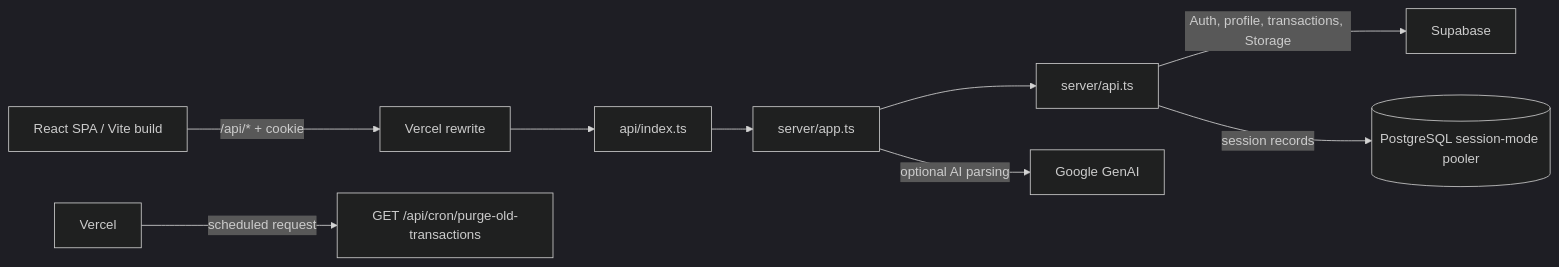
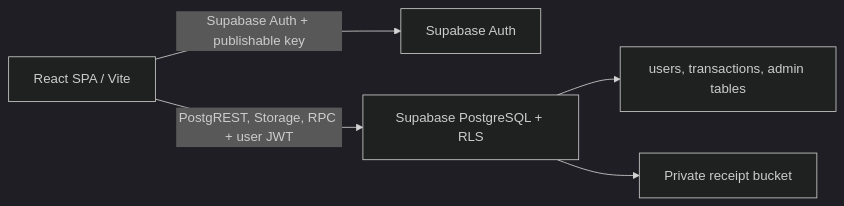
One commit to lutfisyaoqi/Keuangan changed the diagram in README.md. Above: the diagram before and after it, drawn with Mermaid (dark theme). The commit also changed other lines of this file and 12 other files, not shown here.

````diff
--- a/README.md
+++ b/README.md
@@ -89,11 +88,7 @@
 ```mermaid
 flowchart LR
-  Browser[React SPA / Vite build] -->|/api/* + cookie| VercelRewrite[Vercel rewrite]
-  VercelRewrite --> Function[api/index.ts]
-  Function --> Express[server/app.ts]
-  Express --> Router[server/api.ts]
-  Router -->|Auth, profile, transactions, Storage| Supabase[Supabase]
-  Router -->|session records| Pg[(PostgreSQL session-mode pooler)]
-  Express -->|optional AI parsing| Gemini[Google GenAI]
-  Vercel -->|scheduled request| Cron[GET /api/cron/purge-old-transactions]
+  Browser[React SPA / Vite] -->|Supabase Auth + publishable key| Supabase[Supabase Auth]
+  Browser -->|PostgREST, Storage, RPC + user JWT| RLS[Supabase PostgreSQL + RLS]
+  RLS --> Tables[users, transactions, admin tables]
+  RLS --> Receipts[Private receipt bucket]
 ```
````
